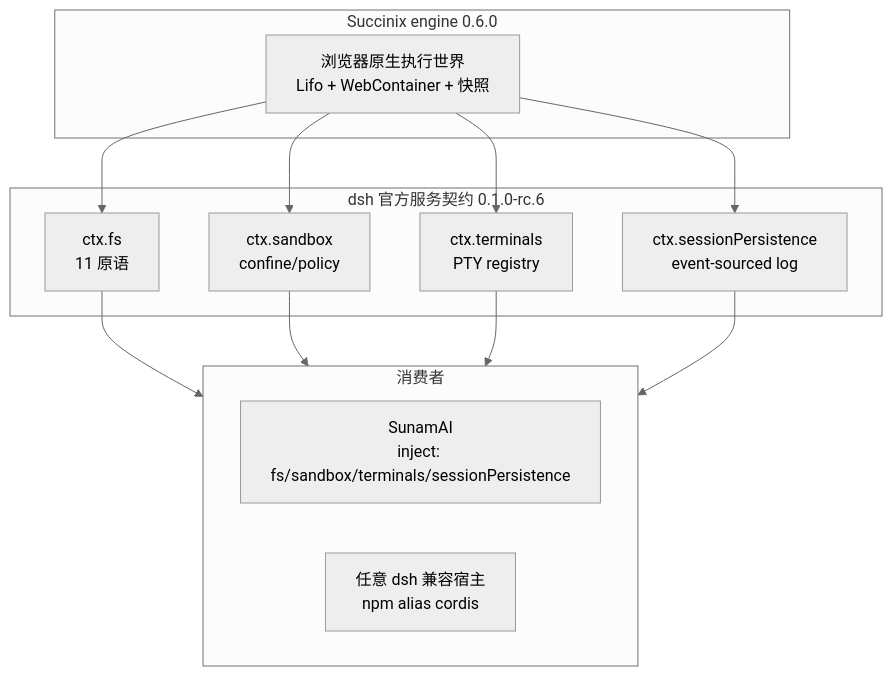
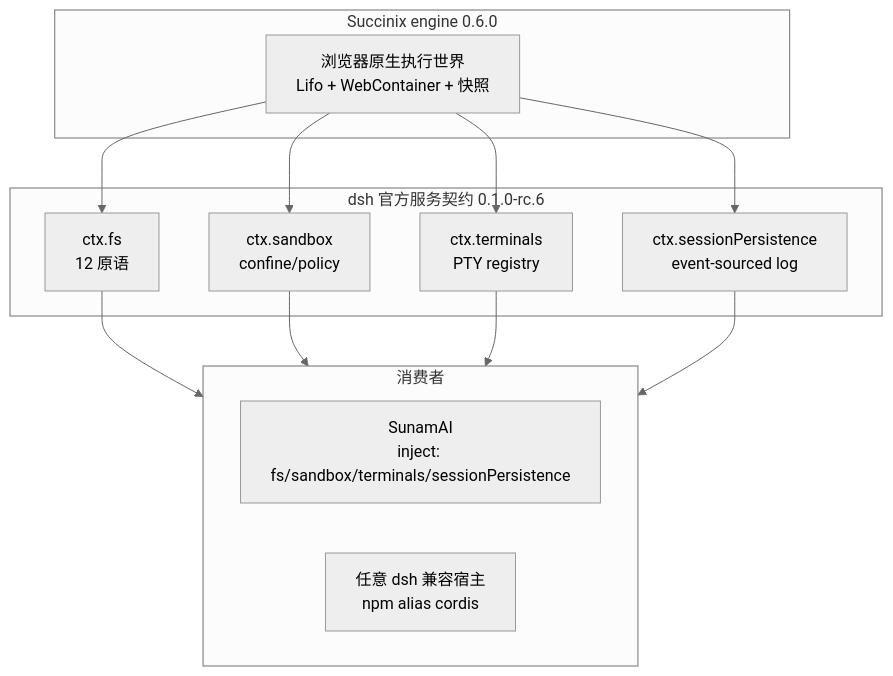
One commit to CJackHwang/Succinix changed the diagram in docs/PLAN-dsh-native.md. Above: the diagram before and after it, drawn with Mermaid (neutral theme). The commit also changed other lines of this file, not shown here.

````diff
--- a/docs/PLAN-dsh-native.md
+++ b/docs/PLAN-dsh-native.md
@@ -63,27 +68,27 @@
 ```mermaid
 graph TD
     subgraph dshEco[dsh 官方服务契约 0.1.0-rc.6]
-        FS[ctx.fs<br/>11 原语]
+        FS[ctx.fs<br/>12 原语]
         SB[ctx.sandbox<br/>confine/policy]
         TM[ctx.terminals<br/>PTY registry]
         SP[ctx.sessionPersistence<br/>event-sourced log]
     end
 
     subgraph Succinix[Succinix engine 0.6.0]
         Engine[浏览器原生执行世界<br/>Lifo + WebContainer + 快照]
         Engine --> FS
         Engine --> SB
         Engine --> TM
         Engine --> SP
     end
 
     subgraph Consumers[消费者]
         Sunam[SunamAI<br/>inject: fs/sandbox/terminals/sessionPersistence]
         DSH[任意 dsh 兼容宿主<br/>npm alias cordis]
     end
 
     FS --> Consumers
     SB --> Consumers
     TM --> Consumers
     SP --> Consumers
 ```
````
